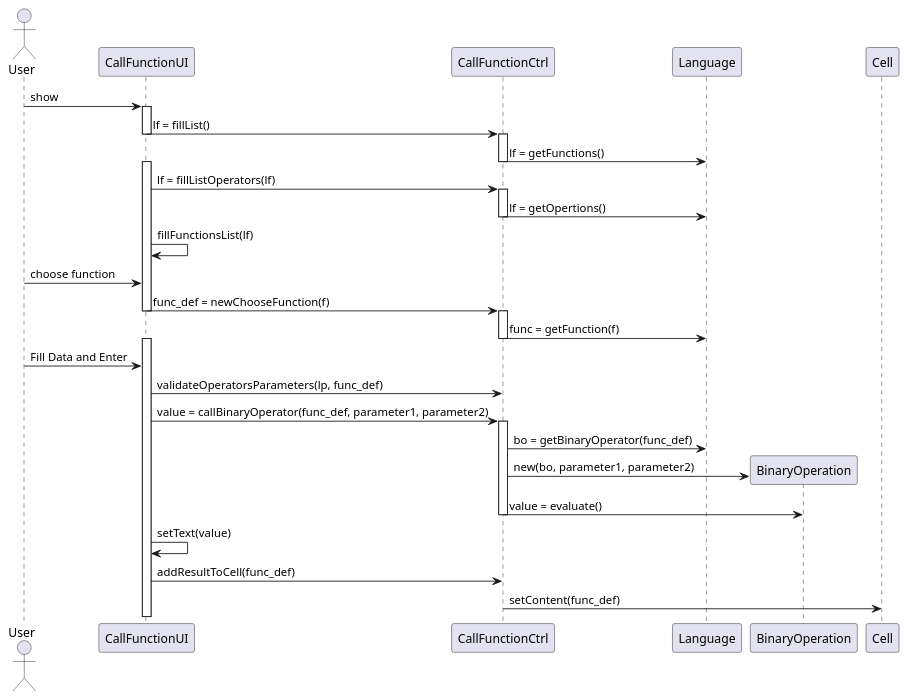
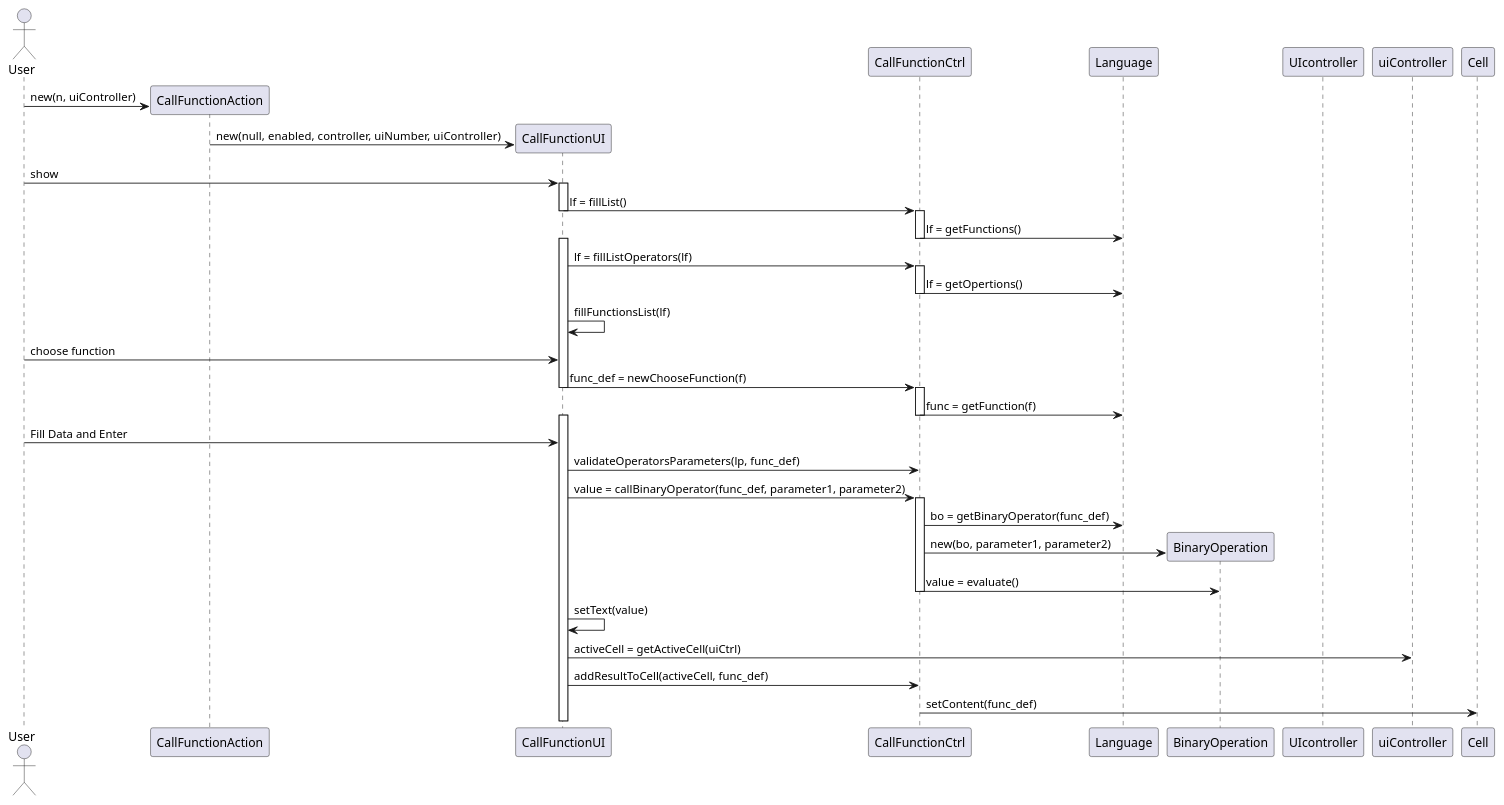
The diagram in src/csheets/userstories/macros05_02/call_function/i130664/design_macros_05_02_part2.puml (1130348/Confusao), drawn with PlantUML before and after one commit. The commit also changed 2 other files, not shown here.

Commit message:
#CSDH-229 #time 5m #resolve Breve correção da comunicação UI-controller

```diff
--- a/src/csheets/userstories/macros05_02/call_function/i130664/design_macros_05_02_part2.puml
+++ b/src/csheets/userstories/macros05_02/call_function/i130664/design_macros_05_02_part2.puml
@@ -1,41 +1,51 @@
 @startuml doc-files/design_macros_05_02_part2.png
 actor User
+
+ participant "CallFunctionAction" as act
+ 
  participant "CallFunctionUI" as UI
  participant "CallFunctionCtrl" as ctrl
  participant "Language" as language
-participant "BinaryOperation" as bo
+ participant "BinaryOperation" as bo
+ participant "UIcontroller" as uiCtrl
+
+create act
+User -> act : new(n, uiController)
+create UI
+act -> UI : new(null, enabled, controller, uiNumber, uiController)
 User -> UI : show
 activate UI
 UI -> ctrl : lf = fillList()
 deactivate UI
 activate ctrl
 ctrl -> language : lf = getFunctions()
 deactivate ctrl
 activate UI
 UI ->ctrl : lf = fillListOperators(lf)
 activate ctrl
 ctrl -> language : lf = getOpertions()
 deactivate ctrl
 UI -> UI : fillFunctionsList(lf)
 User -> UI : choose function
 UI -> ctrl : func_def = newChooseFunction(f)
 deactivate UI
 activate ctrl
 ctrl -> language : func = getFunction(f)
 deactivate ctrl
 activate UI
 User -> UI : Fill Data and Enter
 UI -> ctrl : validateOperatorsParameters(lp, func_def)
 UI -> ctrl : value = callBinaryOperator(func_def, parameter1, parameter2)
 activate ctrl
 ctrl -> language : bo = getBinaryOperator(func_def)
 create bo
 ctrl -> bo : new(bo, parameter1, parameter2)
 ctrl -> bo : value = evaluate()
 deactivate ctrl
 UI -> UI : setText(value)
-UI -> ctrl : addResultToCell(func_def)
+UI -> uiController : activeCell = getActiveCell(uiCtrl)
+UI -> ctrl : addResultToCell(activeCell, func_def)
 participant "Cell" as cell
 ctrl -> cell : setContent(func_def)
 
 @enduml
```
